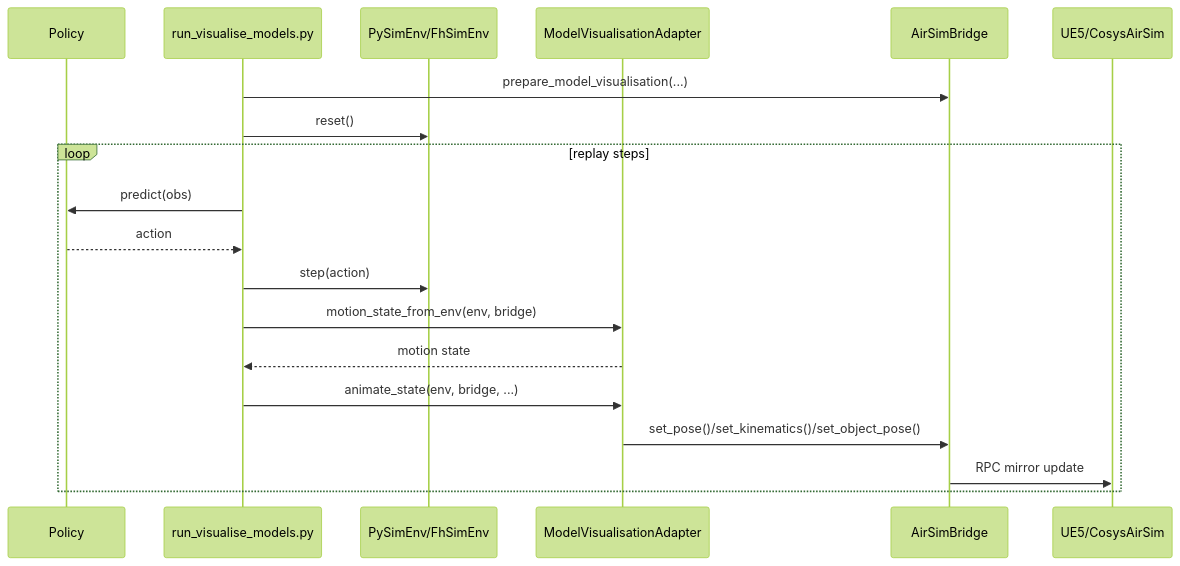
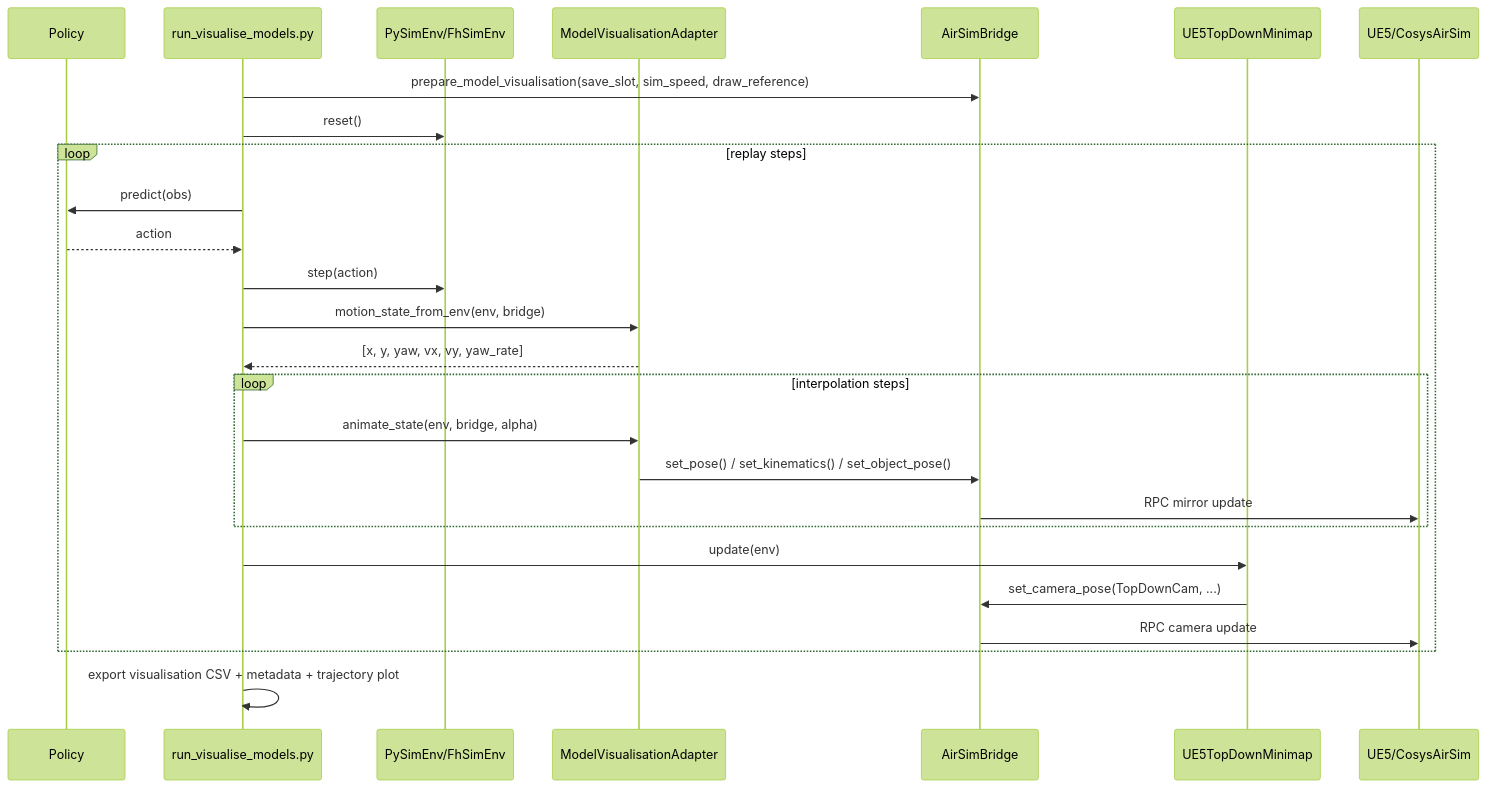
One commit to UAntwerpM4S/RudoLF changed the sixth of 6 diagrams in docs/airsim_architecture.md. Above: the diagram before and after it, drawn with Mermaid (forest theme). The commit also changed other lines of this file and 4 other files, not shown here.

````diff
--- a/docs/airsim_architecture.md
+++ b/docs/airsim_architecture.md
@@ -189,22 +243,29 @@
 ```mermaid
 sequenceDiagram
     participant Policy
     participant Runner as run_visualise_models.py
     participant Framework as PySimEnv/FhSimEnv
     participant Adapter as ModelVisualisationAdapter
     participant Bridge as AirSimBridge
+    participant Minimap as UE5TopDownMinimap
     participant UE5 as UE5/CosysAirSim
 
-    Runner->>Bridge: prepare_model_visualisation(...)
+    Runner->>Bridge: prepare_model_visualisation(save_slot, sim_speed, draw_reference)
     Runner->>Framework: reset()
     loop replay steps
         Runner->>Policy: predict(obs)
         Policy-->>Runner: action
         Runner->>Framework: step(action)
         Runner->>Adapter: motion_state_from_env(env, bridge)
-        Adapter-->>Runner: motion state
-        Runner->>Adapter: animate_state(env, bridge, ...)
-        Adapter->>Bridge: set_pose()/set_kinematics()/set_object_pose()
-        Bridge->>UE5: RPC mirror update
+        Adapter-->>Runner: [x, y, yaw, vx, vy, yaw_rate]
+        loop interpolation steps
+            Runner->>Adapter: animate_state(env, bridge, alpha)
+            Adapter->>Bridge: set_pose() / set_kinematics() / set_object_pose()
+            Bridge->>UE5: RPC mirror update
+        end
+        Runner->>Minimap: update(env)
+        Minimap->>Bridge: set_camera_pose(TopDownCam, ...)
+        Bridge->>UE5: RPC camera update
     end
+    Runner->>Runner: export visualisation CSV + metadata + trajectory plot
 ```
````
